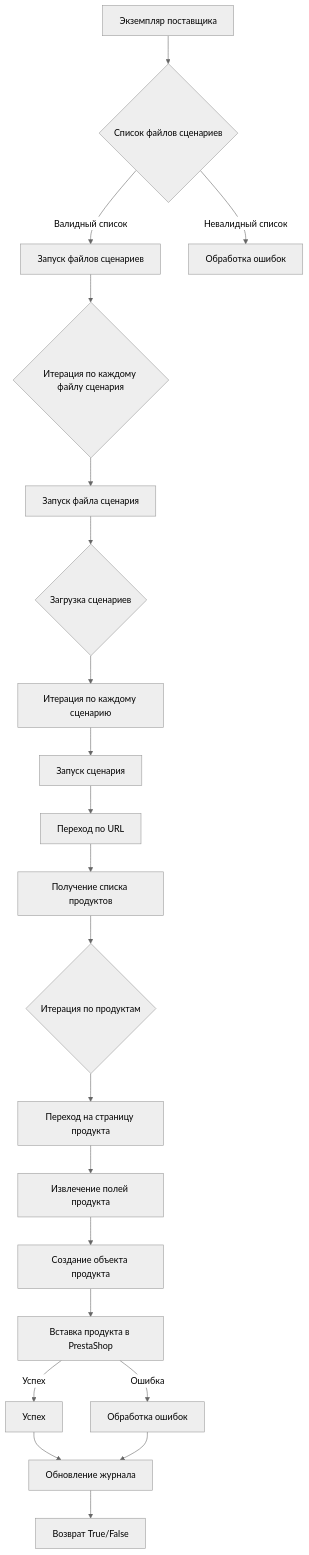
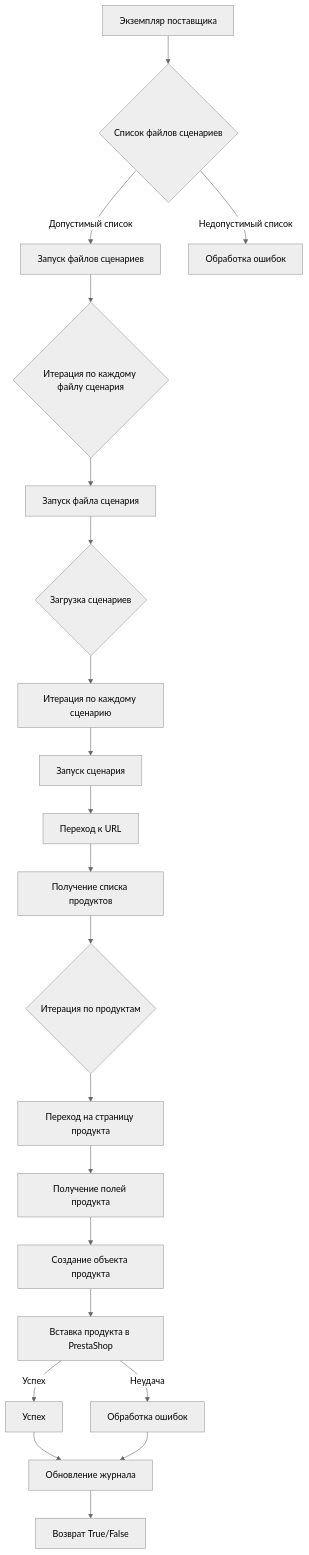
Before and after one commit to hypo69/hypo: the diagram in docs/gemini/ru/doc/src/scenario/README.MD.md, drawn with Mermaid (neutral theme). The commit also changed other lines of this file and 1300 other files, not shown here.

````diff
--- a/docs/gemini/ru/doc/src/scenario/README.MD.md
+++ b/docs/gemini/ru/doc/src/scenario/README.MD.md
@@ -28,23 +28,23 @@
 ```mermaid
 graph TD
     A[Экземпляр поставщика] --> B{Список файлов сценариев}
-    B -- Валидный список --> C[Запуск файлов сценариев]
-    B -- Невалидный список --> D[Обработка ошибок]
+    B -- Допустимый список --> C[Запуск файлов сценариев]
+    B -- Недопустимый список --> D[Обработка ошибок]
     C --> E{Итерация по каждому файлу сценария}
     E --> F[Запуск файла сценария]
     F --> G{Загрузка сценариев}
     G --> H[Итерация по каждому сценарию]
     H --> I[Запуск сценария]
-    I --> J[Переход по URL]
+    I --> J[Переход к URL]
     J --> K[Получение списка продуктов]
     K --> L{Итерация по продуктам}
     L --> M[Переход на страницу продукта]
-    M --> N[Извлечение полей продукта]
+    M --> N[Получение полей продукта]
     N --> O[Создание объекта продукта]
     O --> P[Вставка продукта в PrestaShop]
     P -- Успех --> Q[Успех]
-    P -- Ошибка --> R[Обработка ошибок]
+    P -- Неудача --> R[Обработка ошибок]
     Q --> S[Обновление журнала]
     R --> S
     S --> T[Возврат True/False]
 ```
````
